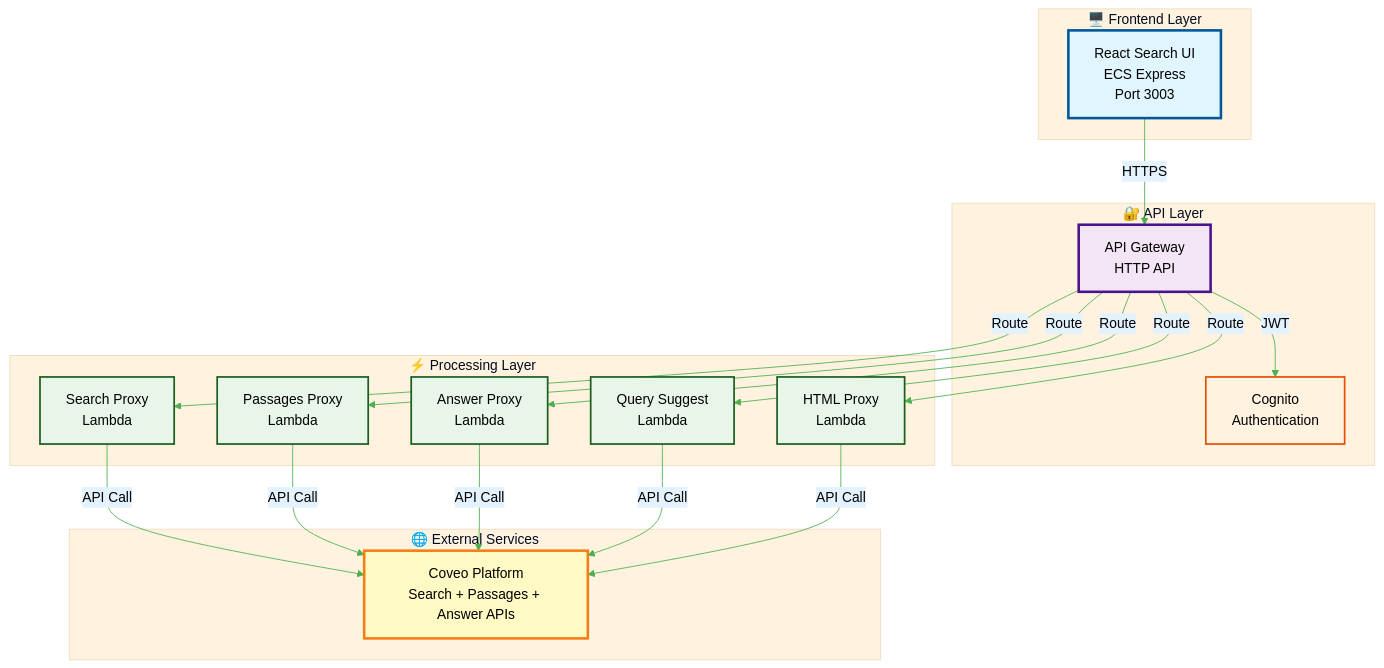
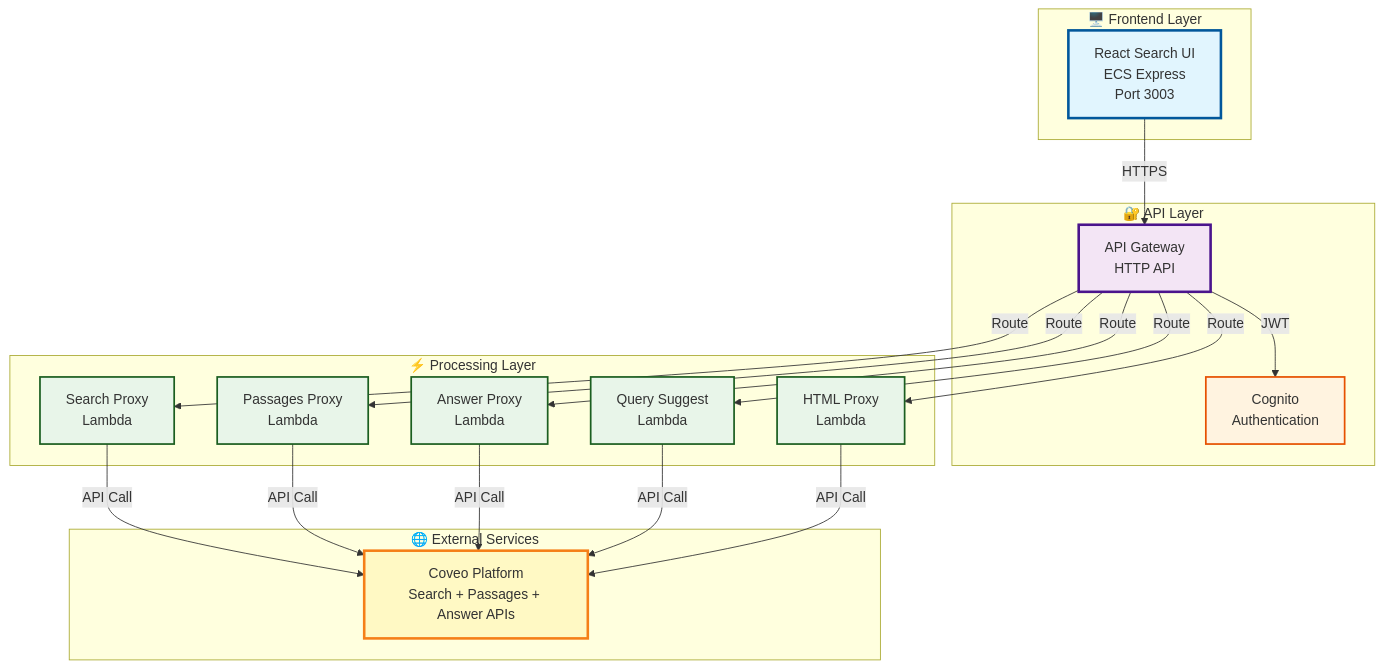
One commit to coveo-labs/aws-coveo-workshop-stackset changed the first of 6 diagrams in mkdocs-workshop/docs/lab1/architecture.md. Above: the diagram before and after it, drawn with Mermaid. The commit also changed 5 other files, not shown here.

````diff
--- a/mkdocs-workshop/docs/lab1/architecture.md
+++ b/mkdocs-workshop/docs/lab1/architecture.md
@@ -9,48 +9,47 @@
 ```mermaid
-%%{init: {'theme':'base', 'themeVariables': { 'primaryColor':'#e8f5e9','primaryTextColor':'#000','primaryBorderColor':'#4caf50','lineColor':'#4caf50','secondaryColor':'#e3f2fd','tertiaryColor':'#fff3e0'}}}%%
 graph TB
     subgraph Frontend["🖥️ Frontend Layer"]
         UI[React Search UI<br/>ECS Express<br/>Port 3003]
     end
     
     subgraph API["🔐 API Layer"]
         AG[API Gateway<br/>HTTP API]
         AUTH[Cognito<br/>Authentication]
     end
     
     subgraph Processing["⚡ Processing Layer"]
         SP[Search Proxy<br/>Lambda]
         PP[Passages Proxy<br/>Lambda]
         AP[Answer Proxy<br/>Lambda]
         QS[Query Suggest<br/>Lambda]
         HP[HTML Proxy<br/>Lambda]
     end
     
     subgraph External["🌐 External Services"]
         COVEO[Coveo Platform<br/>Search + Passages + Answer APIs]
     end
     
     UI -->|HTTPS| AG
     AG -->|JWT| AUTH
     AG -->|Route| SP
     AG -->|Route| PP
     AG -->|Route| AP
     AG -->|Route| QS
     AG -->|Route| HP
     
     SP -->|API Call| COVEO
     PP -->|API Call| COVEO
     AP -->|API Call| COVEO
     QS -->|API Call| COVEO
     HP -->|API Call| COVEO
     
     style UI fill:#e1f5fe,stroke:#01579b,stroke-width:3px
     style AG fill:#f3e5f5,stroke:#4a148c,stroke-width:3px
     style AUTH fill:#fff3e0,stroke:#e65100,stroke-width:2px
     style SP fill:#e8f5e9,stroke:#1b5e20,stroke-width:2px
     style PP fill:#e8f5e9,stroke:#1b5e20,stroke-width:2px
     style AP fill:#e8f5e9,stroke:#1b5e20,stroke-width:2px
     style QS fill:#e8f5e9,stroke:#1b5e20,stroke-width:2px
     style HP fill:#e8f5e9,stroke:#1b5e20,stroke-width:2px
     style COVEO fill:#fff9c4,stroke:#f57f17,stroke-width:3px
 ```
````
